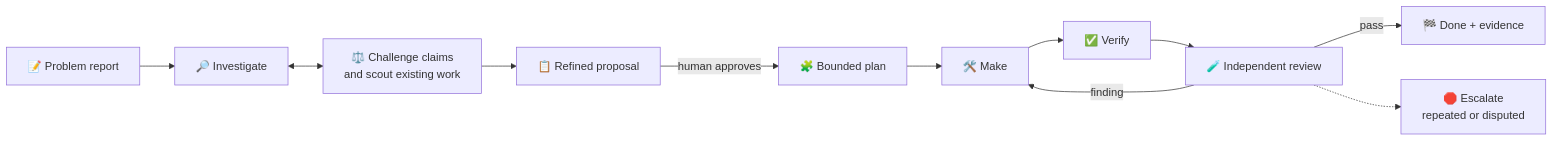
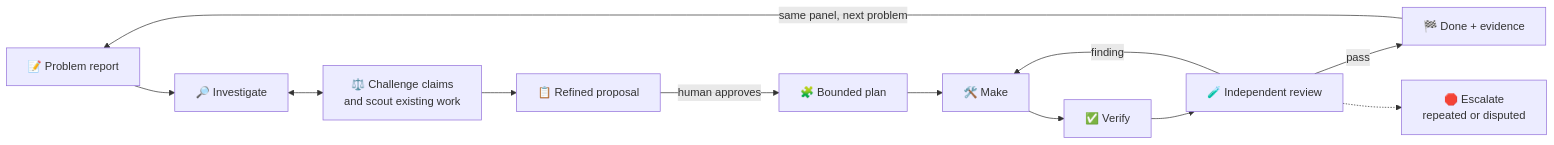
Before and after one commit to medhatgalal/crucible: the first of 3 diagrams in README.md, drawn with Mermaid. The commit also changed other lines of this file and 16 other files, not shown here.

First line of the commit message:
feat: 1.3.5 additive refresh and same-panel next PROBLEM

````diff
--- a/README.md
+++ b/README.md
@@ -73,13 +75,14 @@
 ```mermaid
 flowchart LR
     R["📝 Problem report"] --> I["🔎 Investigate"]
     I <--> F["⚖️ Challenge claims<br/>and scout existing work"]
     F --> P["📋 Refined proposal"]
     P -->|"human approves"| B["🧩 Bounded plan"]
     B --> M["🛠️ Make"]
     M --> V["✅ Verify"]
     V --> J["🧪 Independent review"]
     J -->|"finding"| M
     J -->|"pass"| D["🏁 Done + evidence"]
     J -.-> E["🛑 Escalate<br/>repeated or disputed"]
+    D -->|"same panel, next problem"| R
 ```
````
